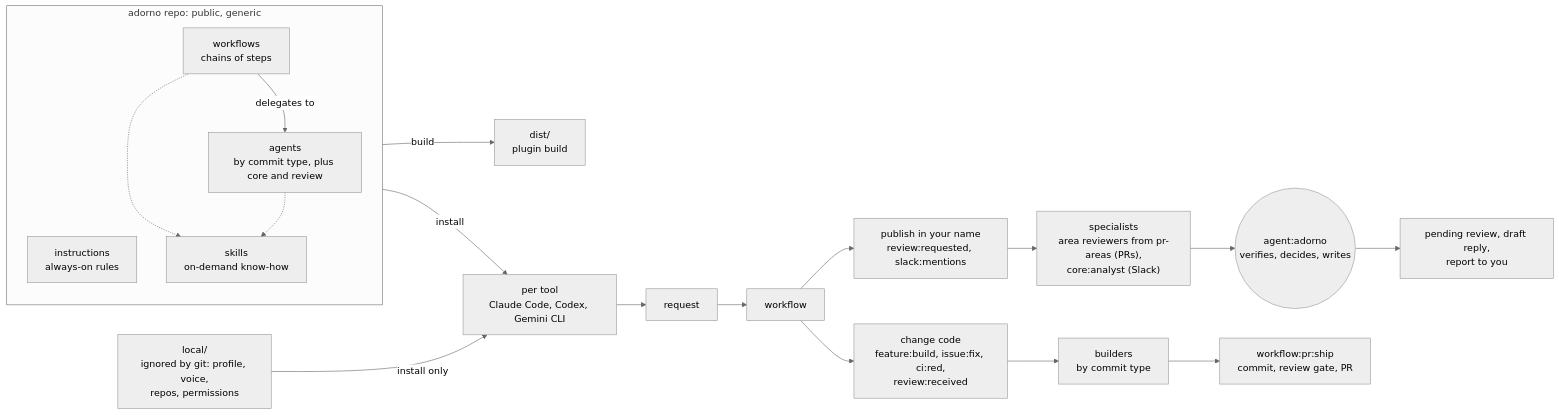
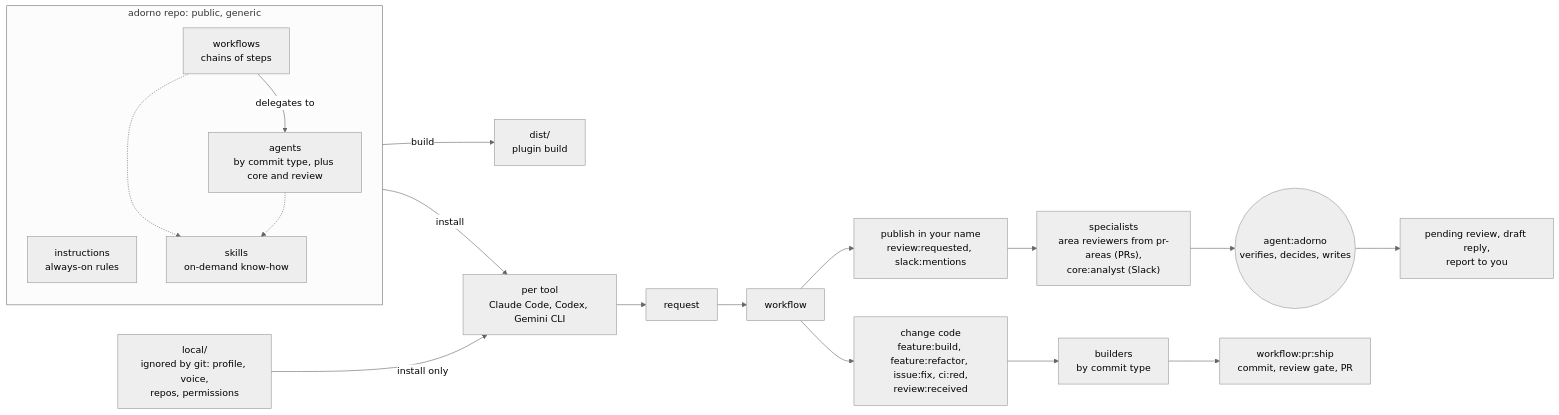
The diagram in docs/overview.md (nicolasmondain/adorno), drawn with Mermaid (neutral theme) before and after one commit. The commit also changed 32 other files, not shown here.

First line of the commit message:
feat(workflows): add workflow:feature:refactor, gated by refactor-gate (#56)

````diff
--- a/docs/overview.md
+++ b/docs/overview.md
@@ -6,17 +6,17 @@
 ```mermaid
 flowchart LR
   subgraph repo["adorno repo: public, generic"]
     I["instructions<br/>always-on rules"]
     WF["workflows<br/>chains of steps"] -->|delegates to| AG["agents<br/>by commit type, plus core and review"]
     SK["skills<br/>on-demand know-how"]
     WF -.-> SK
     AG -.-> SK
   end
   LOC["local/<br/>ignored by git: profile, voice,<br/>repos, permissions"]
   repo -->|build| D["dist/<br/>plugin build"]
   repo -->|install| T["per tool<br/>Claude Code, Codex, Gemini CLI"]
   LOC -->|install only| T
   T --> R["request"] --> W["workflow"]
   W --> PUB["publish in your name<br/>review:requested, slack:mentions"] --> PA["specialists<br/>area reviewers from pr-areas (PRs),<br/>core:analyst (Slack)"] --> AD(("agent:adorno<br/>verifies, decides, writes")) --> OUT["pending review, draft reply,<br/>report to you"]
-  W --> COD["change code<br/>feature:build, issue:fix, ci:red,<br/>review:received"] --> BU["builders<br/>by commit type"] --> SH["workflow:pr:ship<br/>commit, review gate, PR"]
+  W --> COD["change code<br/>feature:build, feature:refactor, issue:fix, ci:red,<br/>review:received"] --> BU["builders<br/>by commit type"] --> SH["workflow:pr:ship<br/>commit, review gate, PR"]
 ```
````
